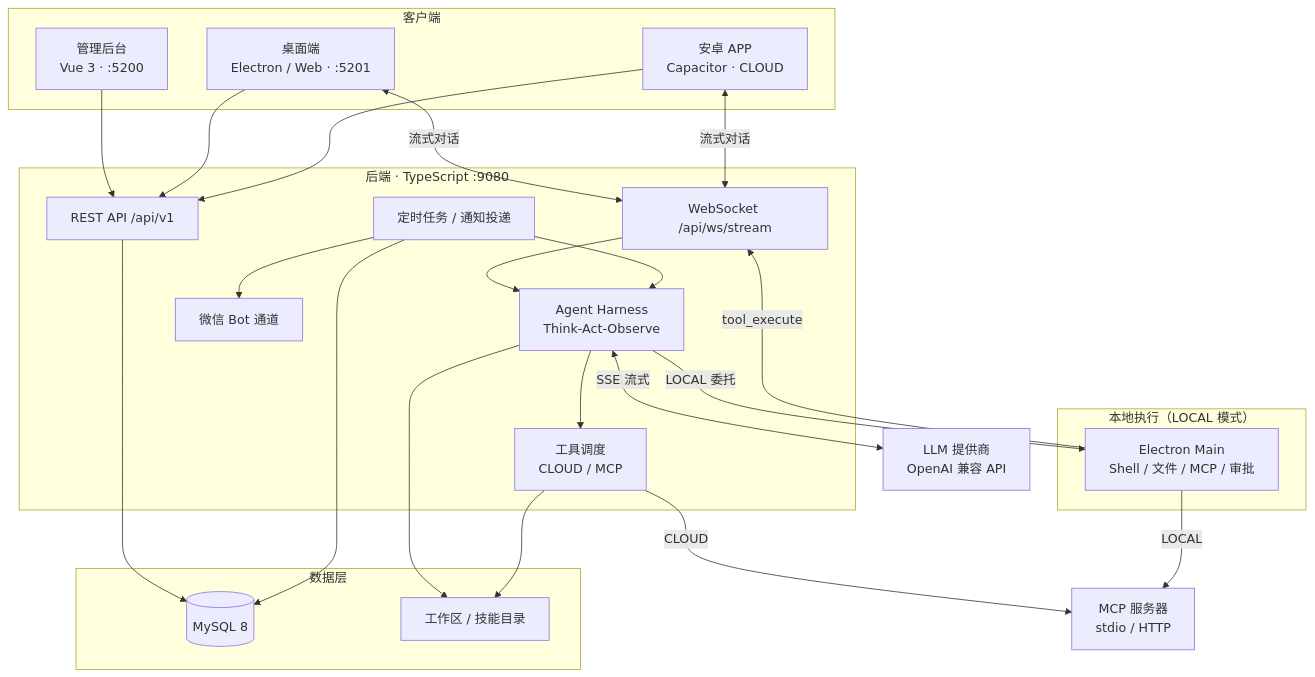
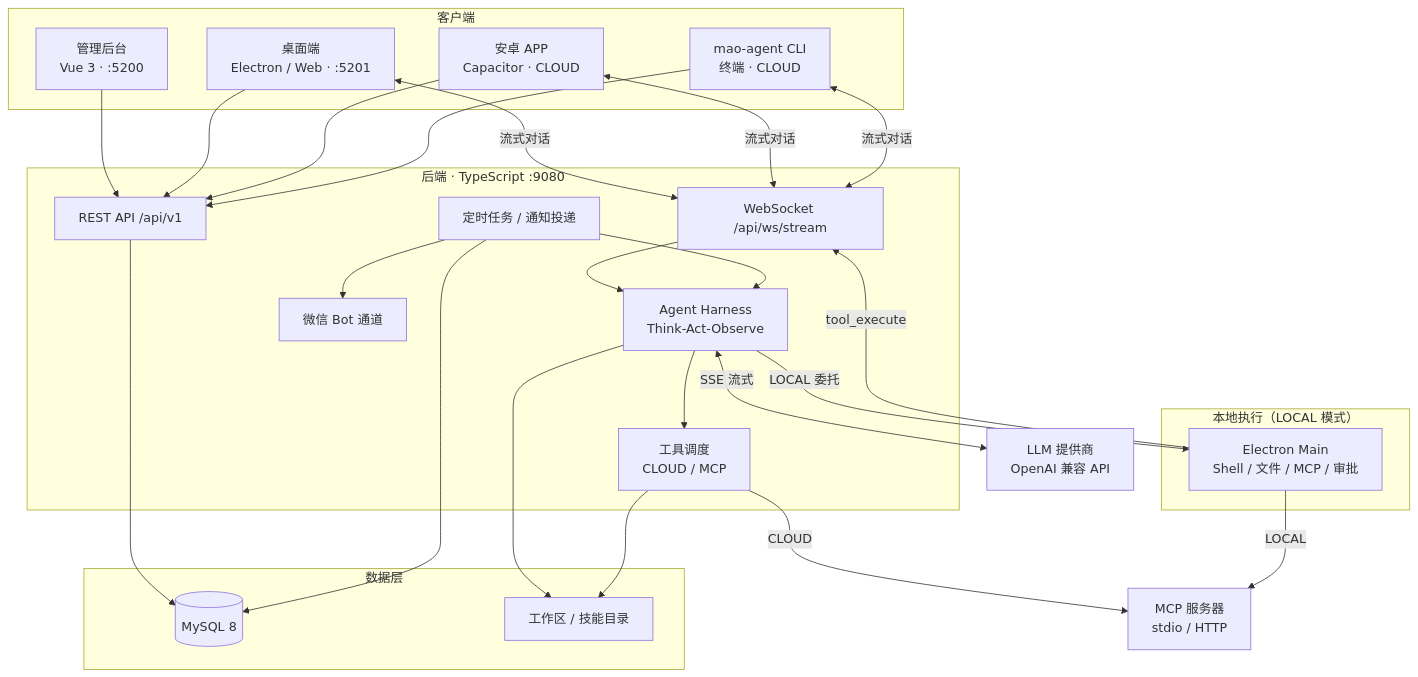
The diagram in README.md (DC-ET/mao), drawn with Mermaid before and after one commit. The commit also changed other lines of this file and 73 other files, not shown here.

First line of the commit message:
feat: 新增终端 CLI（mao-agent）功能与文档

````diff
--- a/README.md
+++ b/README.md
@@ -75,48 +75,51 @@
 ```mermaid
 flowchart TB
     subgraph clients["客户端"]
         Admin["管理后台<br/>Vue 3 · :5200"]
         Desktop["桌面端<br/>Electron / Web · :5201"]
         Android["安卓 APP<br/>Capacitor · CLOUD"]
+        Cli["mao-agent CLI<br/>终端 · CLOUD"]
     end
 
     subgraph backend["后端 · TypeScript :9080"]
         API["REST API /api/v1"]
         WS["WebSocket /api/ws/stream"]
         Harness["Agent Harness<br/>Think-Act-Observe"]
         Tools["工具调度<br/>CLOUD / MCP"]
         Scheduler["定时任务 / 通知投递"]
         Weixin["微信 Bot 通道"]
     end
 
     subgraph local["本地执行（LOCAL 模式）"]
         Electron["Electron Main<br/>Shell / 文件 / MCP / 审批"]
     end
 
     subgraph data["数据层"]
         MySQL[(MySQL 8)]
         Workspace["工作区 / 技能目录"]
     end
 
     LLM["LLM 提供商<br/>OpenAI 兼容 API"]
     MCP["MCP 服务器<br/>stdio / HTTP"]
 
     Admin --> API
     Desktop --> API
     Android --> API
+    Cli --> API
     Desktop <-->|流式对话| WS
     Android <-->|流式对话| WS
+    Cli <-->|流式对话| WS
     WS --> Harness
     Harness --> Tools
     Tools -->|CLOUD| MCP
     Electron -->|LOCAL| MCP
     Scheduler --> Harness
     Scheduler --> Weixin
     Harness -->|LOCAL 委托| Electron
     Electron -->|tool_execute| WS
     Harness <-->|SSE 流式| LLM
     API --> MySQL
     Scheduler --> MySQL
     Harness --> Workspace
     Tools --> Workspace
 ```
````
